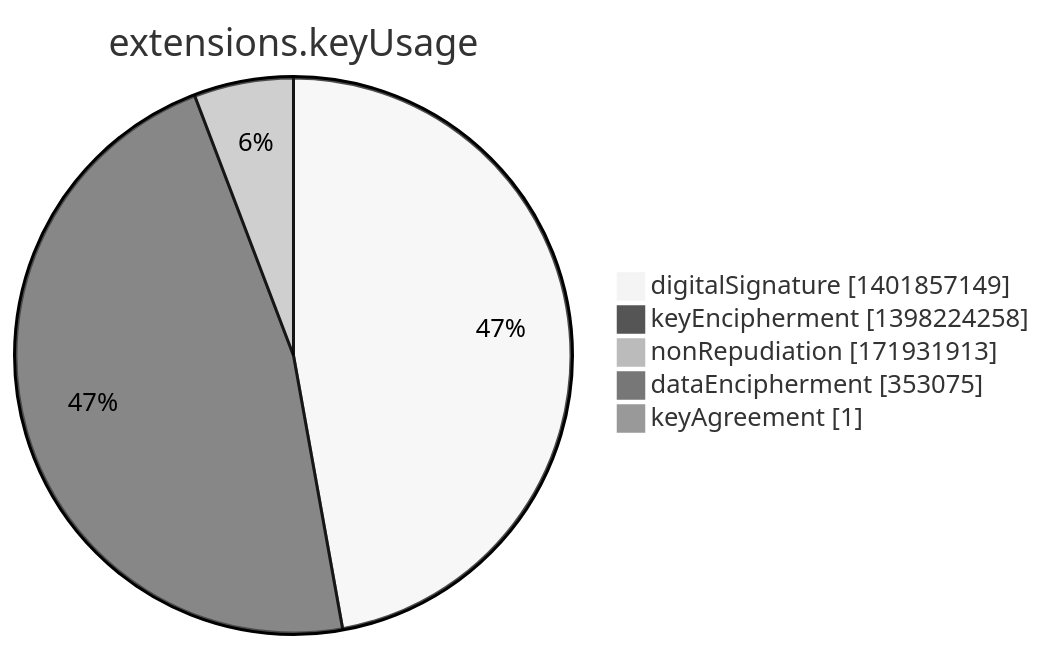
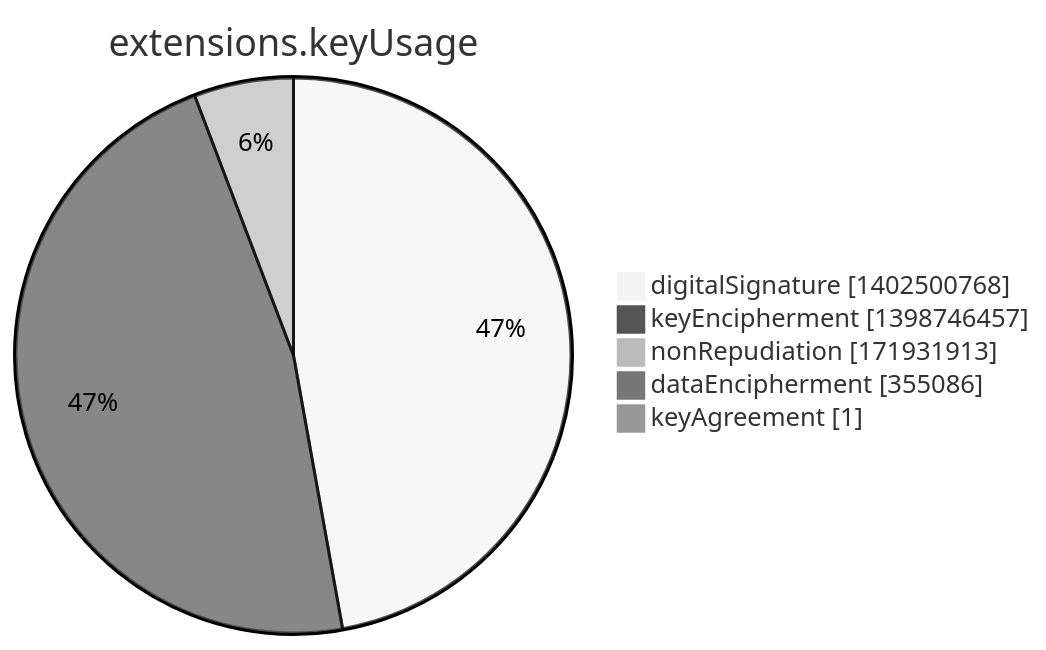
One commit to christiankrug/ctmonitor_visualization changed the seventh of 15 diagrams in argon2022/README.md. Above: the diagram before and after it, drawn with Mermaid (neutral theme). The commit also changed other lines of this file, not shown here.

````diff
--- a/argon2022/README.md
+++ b/argon2022/README.md
@@ -2751,9 +2751,9 @@
 ```mermaid
 pie showData
 title extensions.keyUsage
-"digitalSignature" :1401857149
-"keyEncipherment" :1398224258
+"digitalSignature" :1402500768
+"keyEncipherment" :1398746457
 "nonRepudiation" :171931913
-"dataEncipherment" :353075
+"dataEncipherment" :355086
 "keyAgreement" :1
 ```
````
